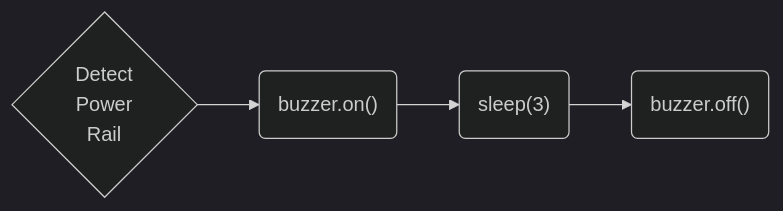
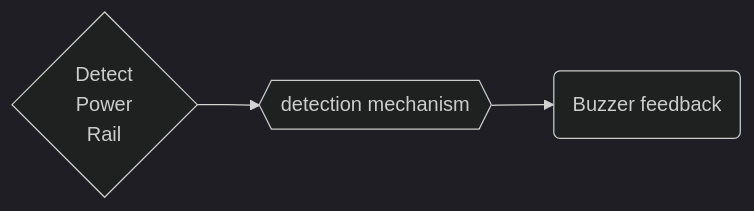
The eighth of 8 diagrams in README.md (Trappy-Scopes/pico-incubator), drawn with Mermaid (dark theme) before and after one commit. The commit also changed other lines of this file and 16 other files, not shown here.

````diff
--- a/README.md
+++ b/README.md
@@ -118,6 +148,5 @@
    ```mermaid
    graph LR
-   	Detect{Detect<br>Power<br>Rail} --> b_on("buzzer.on()") --> sleep("sleep(3)") --> b_off("buzzer.off()")
-   	
+   	Detect{Detect<br>Power<br>Rail} --> detection_mechanism{{detection mechanism}}--> buzz("Buzzer feedback")
    	
    ```
````
